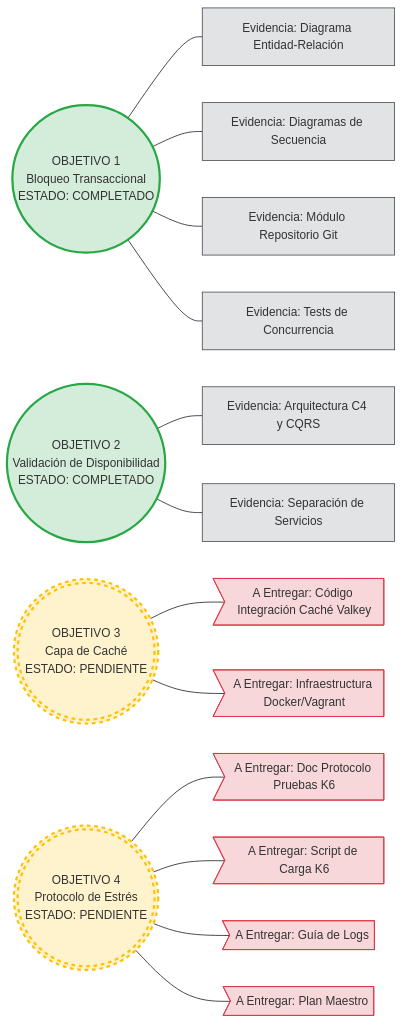
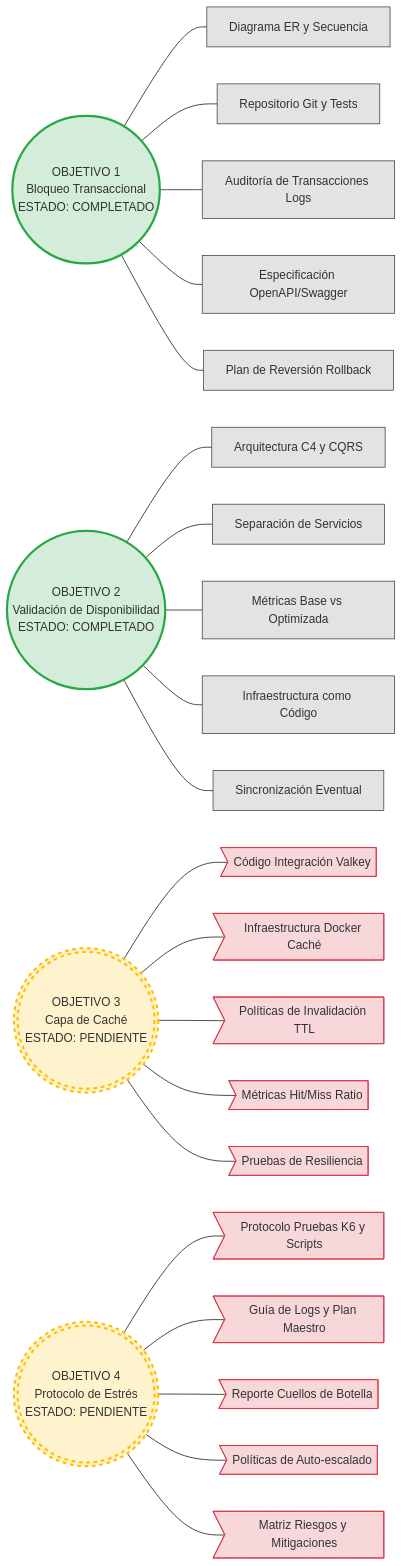
One commit to ipinaya-code/empresarial changed the diagram in docs/diagramas/mapa_evidencias.md. Above: the diagram before and after it, drawn with Mermaid (base theme). The commit also changed other lines of this file and 2 other files, not shown here.

Commit message:
docs: agregar evidencias profesionales al excel y diagrama

````diff
--- a/docs/diagramas/mapa_evidencias.md
+++ b/docs/diagramas/mapa_evidencias.md
@@ -3,55 +1,70 @@
 ```mermaid
 flowchart LR
     %% OBJETIVO 1
     O1((OBJETIVO 1\nBloqueo Transaccional\nESTADO: COMPLETADO))
-    O1_1[Evidencia: Diagrama Entidad-Relación]
-    O1_2[Evidencia: Diagramas de Secuencia]
-    O1_3[Evidencia: Módulo Repositorio Git]
-    O1_4[Evidencia: Tests de Concurrencia]
+    O1_1[Diagrama ER y Secuencia]
+    O1_2[Repositorio Git y Tests]
+    O1_3[Auditoría de Transacciones Logs]
+    O1_4[Especificación OpenAPI/Swagger]
+    O1_5[Plan de Reversión Rollback]
     
     O1 --- O1_1
     O1 --- O1_2
     O1 --- O1_3
     O1 --- O1_4
+    O1 --- O1_5
 
     %% OBJETIVO 2
     O2((OBJETIVO 2\nValidación de Disponibilidad\nESTADO: COMPLETADO))
-    O2_1[Evidencia: Arquitectura C4 y CQRS]
-    O2_2[Evidencia: Separación de Servicios]
+    O2_1[Arquitectura C4 y CQRS]
+    O2_2[Separación de Servicios]
+    O2_3[Métricas Base vs Optimizada]
+    O2_4[Infraestructura como Código]
+    O2_5[Sincronización Eventual]
     
     O2 --- O2_1
     O2 --- O2_2
+    O2 --- O2_3
+    O2 --- O2_4
+    O2 --- O2_5
 
     %% OBJETIVO 3
     O3(((OBJETIVO 3\nCapa de Caché\nESTADO: PENDIENTE)))
-    O3_1>A Entregar: Código Integración Caché Valkey]
-    O3_2>A Entregar: Infraestructura Docker/Vagrant]
+    O3_1>Código Integración Valkey]
+    O3_2>Infraestructura Docker Caché]
+    O3_3>Políticas de Invalidación TTL]
+    O3_4>Métricas Hit/Miss Ratio]
+    O3_5>Pruebas de Resiliencia]
     
     O3 --- O3_1
     O3 --- O3_2
+    O3 --- O3_3
+    O3 --- O3_4
+    O3 --- O3_5
 
     %% OBJETIVO 4
     O4(((OBJETIVO 4\nProtocolo de Estrés\nESTADO: PENDIENTE)))
-    O4_1>A Entregar: Doc Protocolo Pruebas K6]
-    O4_2>A Entregar: Script de Carga K6]
-    O4_3>A Entregar: Guía de Logs]
-    O4_4>A Entregar: Plan Maestro]
+    O4_1>Protocolo Pruebas K6 y Scripts]
+    O4_2>Guía de Logs y Plan Maestro]
+    O4_3>Reporte Cuellos de Botella]
+    O4_4>Políticas de Auto-escalado]
+    O4_5>Matriz Riesgos y Mitigaciones]
     
     O4 --- O4_1
     O4 --- O4_2
     O4 --- O4_3
     O4 --- O4_4
+    O4 --- O4_5
 
     %% ESTILOS
     classDef completado fill:#d4edda,stroke:#28a745,stroke-width:3px;
     classDef pendiente fill:#fff3cd,stroke:#ffc107,stroke-width:3px,stroke-dasharray: 5 5;
     classDef ev_completada fill:#e2e3e5,stroke:#383d41,stroke-width:1px;
     classDef ev_pendiente fill:#f8d7da,stroke:#dc3545,stroke-width:1px;
 
     class O1,O2 completado;
     class O3,O4 pendiente;
     
-    class O1_1,O1_2,O1_3,O1_4,O2_1,O2_2 ev_completada;
-    class O3_1,O3_2,O4_1,O4_2,O4_3,O4_4 ev_pendiente;
-
+    class O1_1,O1_2,O1_3,O1_4,O1_5,O2_1,O2_2,O2_3,O2_4,O2_5 ev_completada;
+    class O3_1,O3_2,O3_3,O3_4,O3_5,O4_1,O4_2,O4_3,O4_4,O4_5 ev_pendiente;
 ```
````
